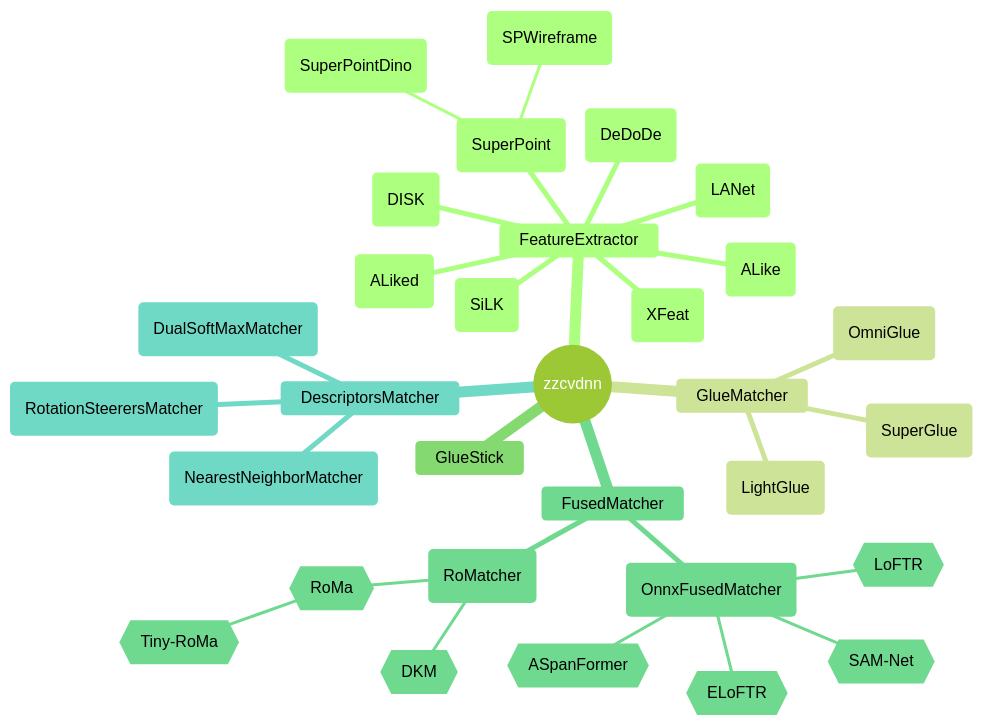
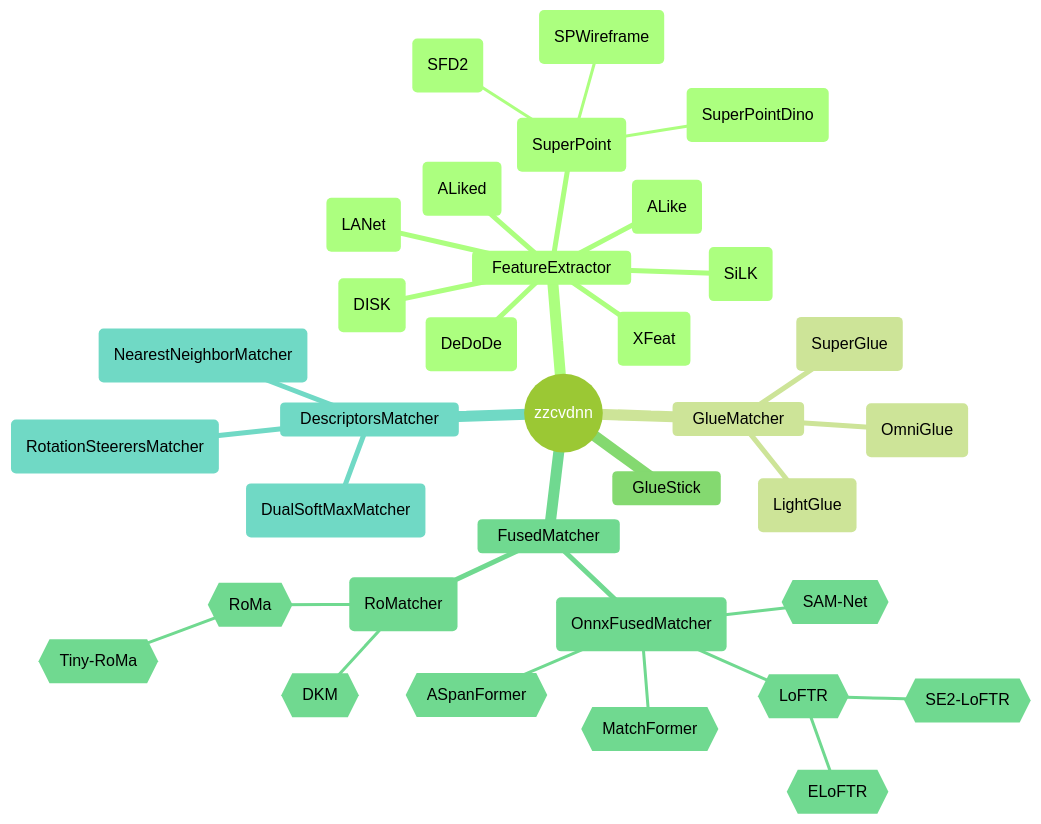
One commit to zhouzq-thu/zzcvdnn changed the diagram in README.md. Above: the diagram before and after it, drawn with Mermaid. The commit also changed other lines of this file, not shown here.

````diff
--- a/README.md
+++ b/README.md
@@ -67,35 +72,38 @@
 ```mermaid
 %%{init: {'theme':'forest'}}%%
 mindmap
   root((zzcvdnn))
     FeatureExtractor
       (ALike)
       (ALiked)
       (DeDoDe)
       (DISK)
       (LANet)
       (SiLK)
       (SuperPoint)
         (SuperPointDino)
         (SPWireframe)
+        (SFD2)
       (XFeat)
     GlueMatcher
       (SuperGlue)
       (LightGlue)
       (OmniGlue)
     GlueStick
     FusedMatcher
       (OnnxFusedMatcher)
         {{LoFTR}}
+          {{SE2-LoFTR}}
+          {{ELoFTR}}
         {{ASpanFormer}}
-        {{ELoFTR}}
+        {{MatchFormer}}
         {{SAM-Net}}
       (RoMatcher)
         {{DKM}}
         {{RoMa}}
           {{Tiny-RoMa}}
     DescriptorsMatcher
       (NearestNeighborMatcher)
       (DualSoftMaxMatcher)
       (RotationSteerersMatcher)
 ```
````
